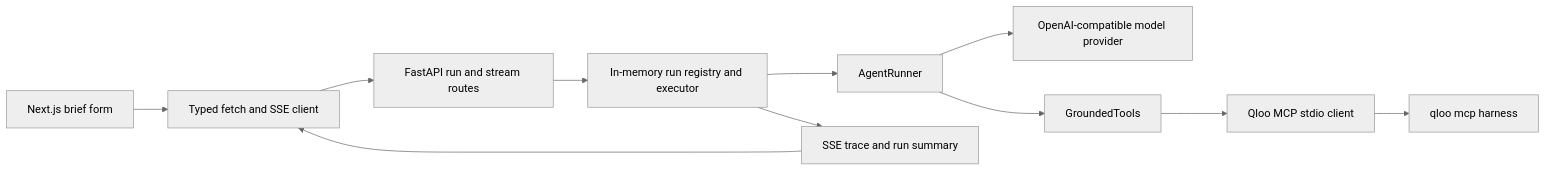
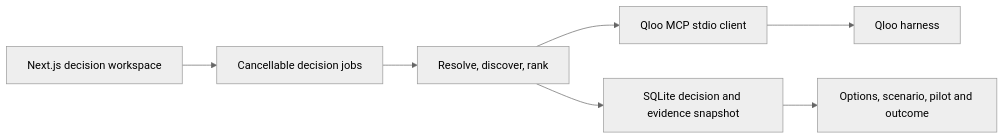
One commit to Spark960/TasteWell changed the diagram in docs/CURRENT_FUNCTIONALITY.md. Above: the diagram before and after it, drawn with Mermaid (neutral theme). The commit also changed other lines of this file and 34 other files, not shown here.

Commit message:
Ship Qloo-grounded decision review and isolated demo sessions

````diff
--- a/docs/CURRENT_FUNCTIONALITY.md
+++ b/docs/CURRENT_FUNCTIONALITY.md
@@ -69,13 +80,9 @@
 ```mermaid
 flowchart LR
-  Form[Next.js brief form] --> Client[Typed fetch and SSE client]
-  Client --> API[FastAPI run and stream routes]
-  API --> Engine[In-memory run registry and executor]
-  Engine --> Agent[AgentRunner]
-  Agent --> LLM[OpenAI-compatible model provider]
-  Agent --> Tools[GroundedTools]
-  Tools --> MCP[Qloo MCP stdio client]
-  MCP --> Harness[qloo mcp harness]
-  Engine --> Trace[SSE trace and run summary]
-  Trace --> Client
+  Form[Next.js decision workspace] --> Jobs[Cancellable decision jobs]
+  Jobs --> Stages[Resolve, discover, rank]
+  Stages --> MCP[Qloo MCP stdio client]
+  MCP --> Harness[Qloo harness]
+  Stages --> Store[SQLite decision and evidence snapshot]
+  Store --> UI[Options, scenario, pilot and outcome]
 ```
````
